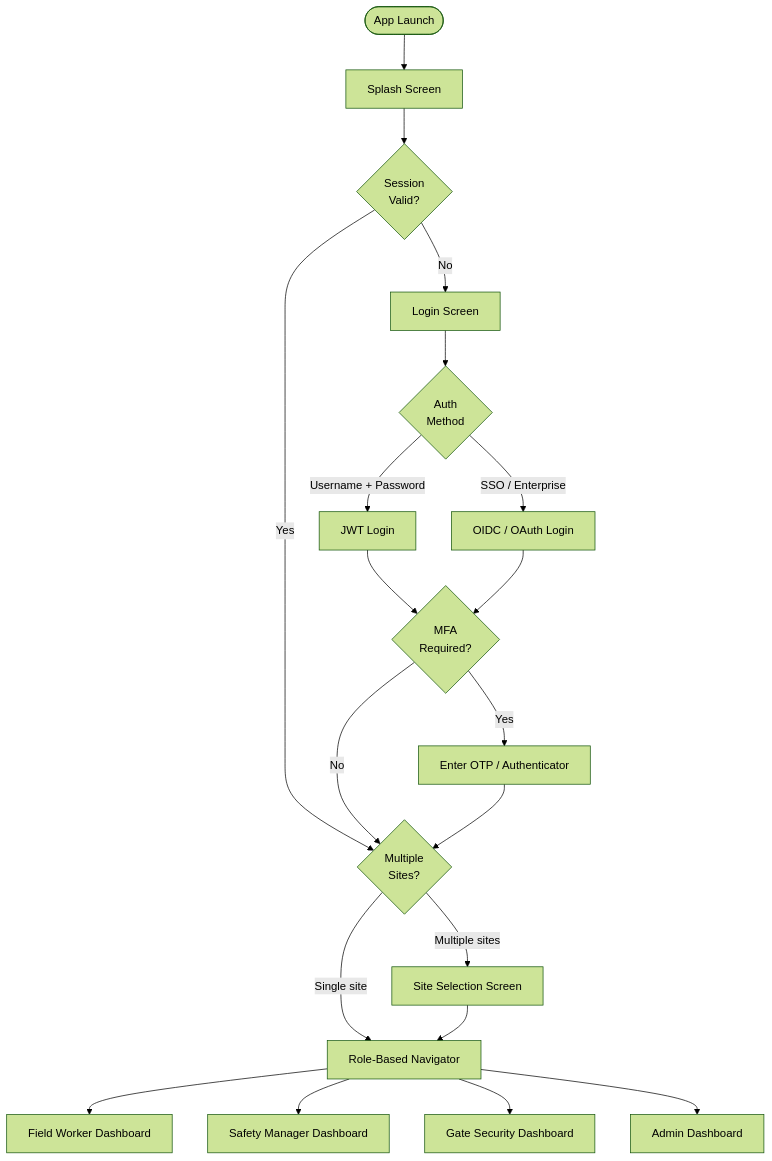
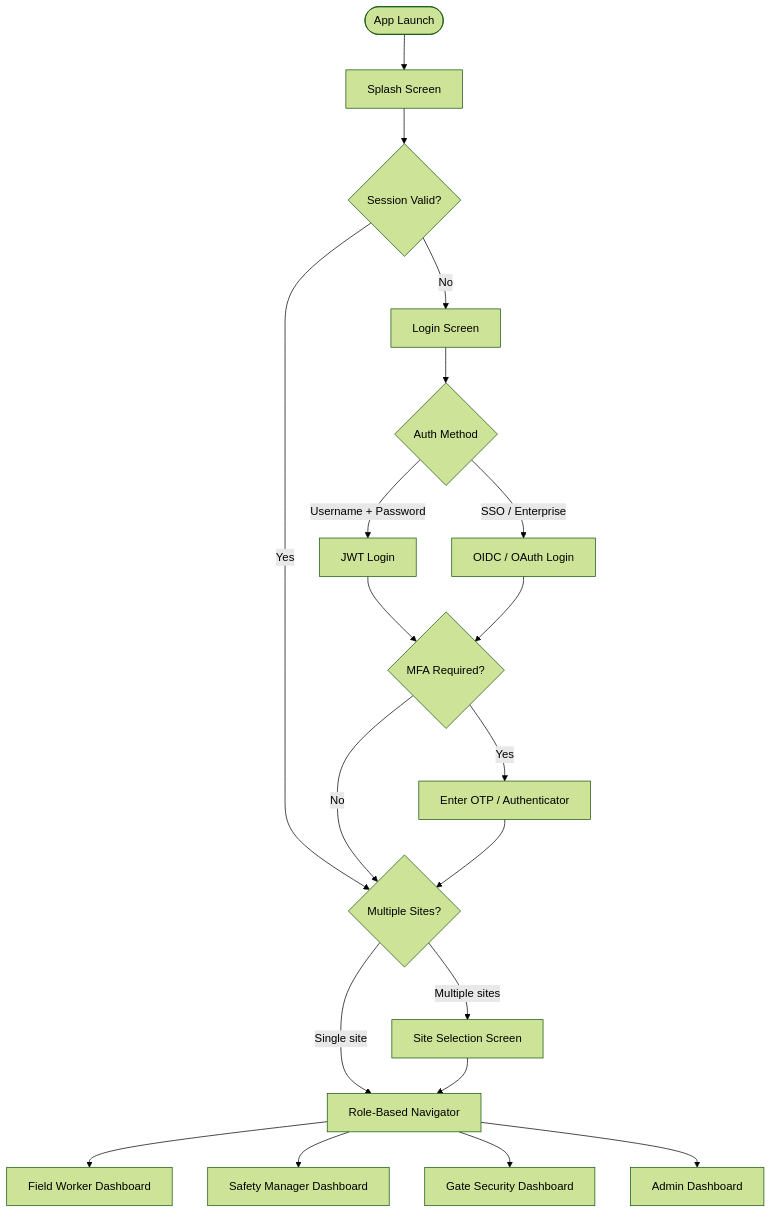
Before and after one commit to Nandan222001/health_smart_engage: the first of 10 diagrams in docs/diagrams/user_flow_diagram.md, drawn with Mermaid (forest theme). The commit also changed other lines of this file and 15 other files, not shown here.

First line of the commit message:
fix: repair Mermaid rendering errors across all diagram files

````diff
--- a/docs/diagrams/user_flow_diagram.md
+++ b/docs/diagrams/user_flow_diagram.md
@@ -5,28 +5,28 @@
 ```mermaid
 flowchart TD
     START([App Launch]) --> SPLASH[Splash Screen]
-    SPLASH --> AUTH_CHECK{Session\nValid?}
+    SPLASH --> AUTH_CHECK{Session Valid?}
 
-    AUTH_CHECK -->|Yes| SITE_CHECK{Multiple\nSites?}
+    AUTH_CHECK -->|Yes| SITE_CHECK{Multiple Sites?}
     AUTH_CHECK -->|No| LOGIN[Login Screen]
 
-    LOGIN --> AUTH_METHOD{Auth\nMethod}
+    LOGIN --> AUTH_METHOD{Auth Method}
     AUTH_METHOD -->|Username + Password| JWT[JWT Login]
     AUTH_METHOD -->|SSO / Enterprise| OIDC[OIDC / OAuth Login]
 
-    JWT --> MFA{MFA\nRequired?}
+    JWT --> MFA{MFA Required?}
     OIDC --> MFA
 
     MFA -->|Yes| MFA_INPUT[Enter OTP / Authenticator]
     MFA -->|No| SITE_CHECK
     MFA_INPUT --> SITE_CHECK
 
     SITE_CHECK -->|Single site| ROLE_NAV[Role-Based Navigator]
     SITE_CHECK -->|Multiple sites| SITE_SEL[Site Selection Screen]
     SITE_SEL --> ROLE_NAV
 
     ROLE_NAV --> FIELD_DASH[Field Worker Dashboard]
     ROLE_NAV --> MANAGER_DASH[Safety Manager Dashboard]
     ROLE_NAV --> SECURITY_DASH[Gate Security Dashboard]
     ROLE_NAV --> ADMIN_DASH[Admin Dashboard]
 ```
````
